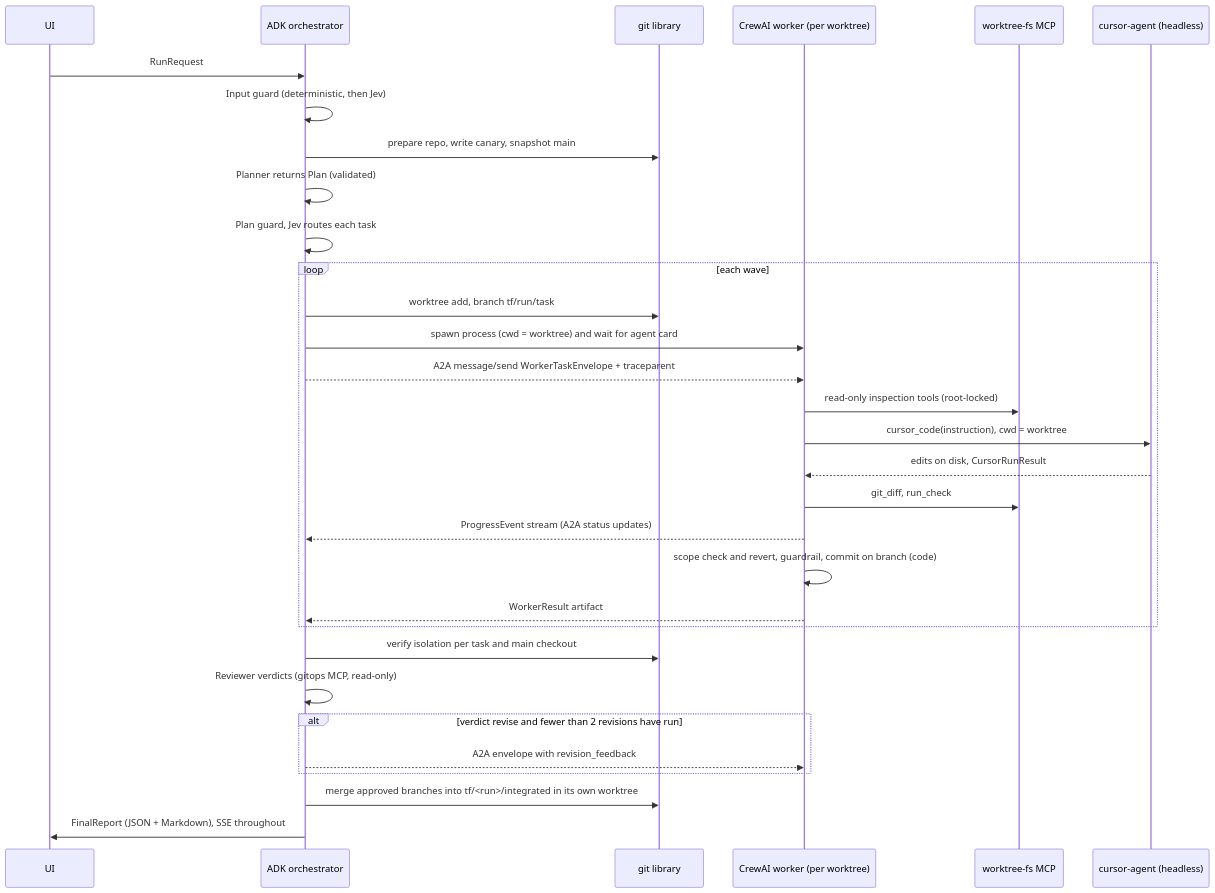
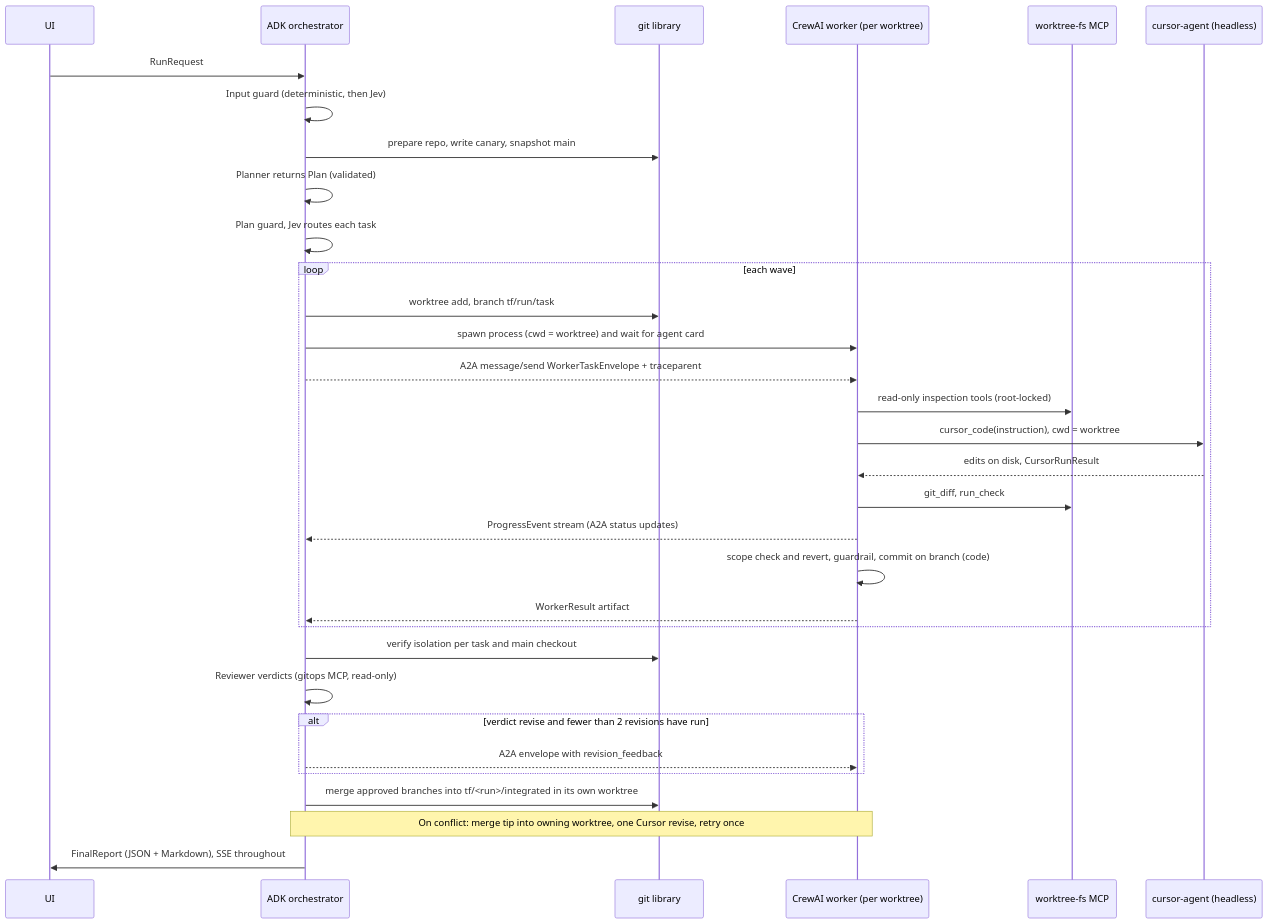
The second of 2 diagrams in docs/ARCHITECTURE.md (AmartyaKumar11/TreeFleet), drawn with Mermaid before and after one commit. The commit also changed other lines of this file and 14 other files, not shown here.

````diff
--- a/docs/ARCHITECTURE.md
+++ b/docs/ARCHITECTURE.md
@@ -179,33 +179,34 @@
 ```mermaid
 sequenceDiagram
   participant U as UI
   participant O as ADK orchestrator
   participant G as git library
   participant W as CrewAI worker (per worktree)
   participant M as worktree-fs MCP
   participant C as cursor-agent (headless)
   U->>O: RunRequest
   O->>O: Input guard (deterministic, then Jev)
   O->>G: prepare repo, write canary, snapshot main
   O->>O: Planner returns Plan (validated)
   O->>O: Plan guard, Jev routes each task
   loop each wave
     O->>G: worktree add, branch tf/run/task
     O->>W: spawn process (cwd = worktree) and wait for agent card
     O-->>W: A2A message/send WorkerTaskEnvelope + traceparent
     W->>M: read-only inspection tools (root-locked)
     W->>C: cursor_code(instruction), cwd = worktree
     C-->>W: edits on disk, CursorRunResult
     W->>M: git_diff, run_check
     W-->>O: ProgressEvent stream (A2A status updates)
     W->>W: scope check and revert, guardrail, commit on branch (code)
     W-->>O: WorkerResult artifact
   end
   O->>G: verify isolation per task and main checkout
   O->>O: Reviewer verdicts (gitops MCP, read-only)
   alt verdict revise and fewer than 2 revisions have run
     O-->>W: A2A envelope with revision_feedback
   end
   O->>G: merge approved branches into tf/<run>/integrated in its own worktree
+  Note over O,W: On conflict: merge tip into owning worktree, one Cursor revise, retry once
   O->>U: FinalReport (JSON + Markdown), SSE throughout
 ```
````
